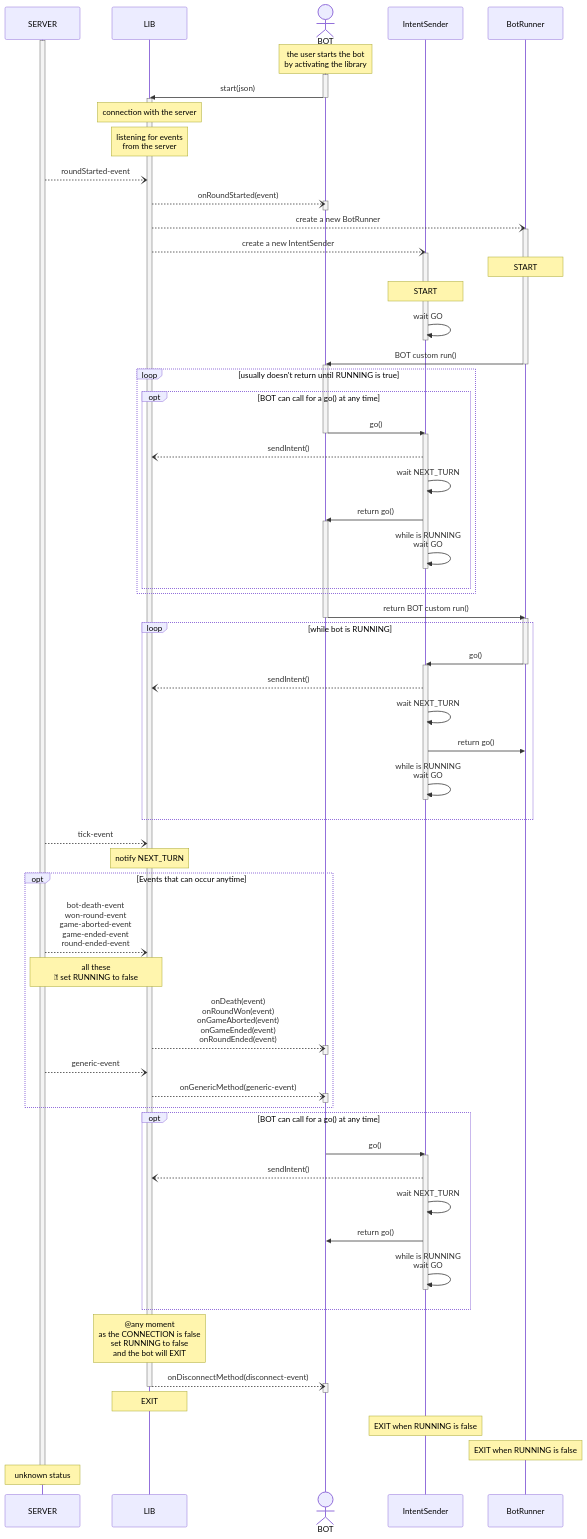
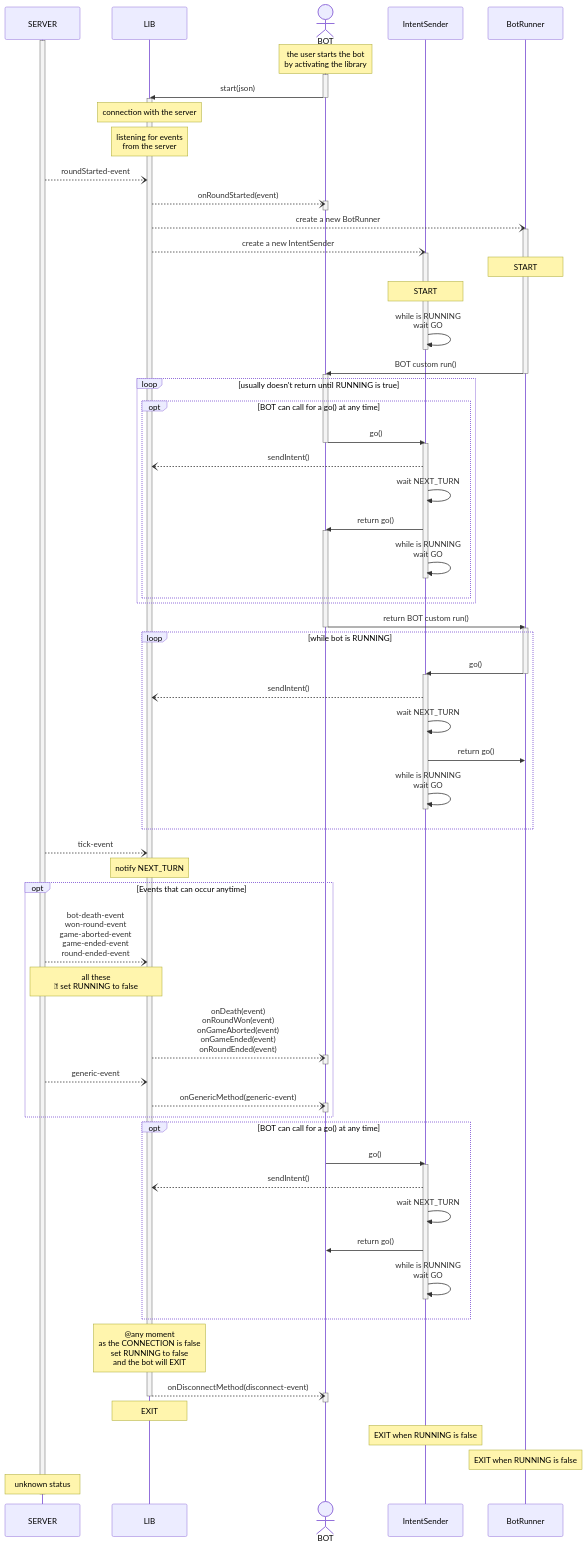
The diagram in docs/multi-processes.md (SirStone/RTR_nim_botApi2), drawn with Mermaid before and after one commit. The commit also changed 1 other file, not shown here.

Commit message:
Bot.nim reformatted automatically and Sequence Diagram improved

```diff
--- a/docs/multi-processes.md
+++ b/docs/multi-processes.md
@@ -34,7 +34,7 @@
 
     Note over BotRunner: START
     Note over IntentSender: START
-    IntentSender->>IntentSender: wait GO
+    IntentSender->>IntentSender: while is RUNNING <br> wait GO
     deactivate IntentSender
 
     BotRunner->>BOT: BOT custom run()
```
